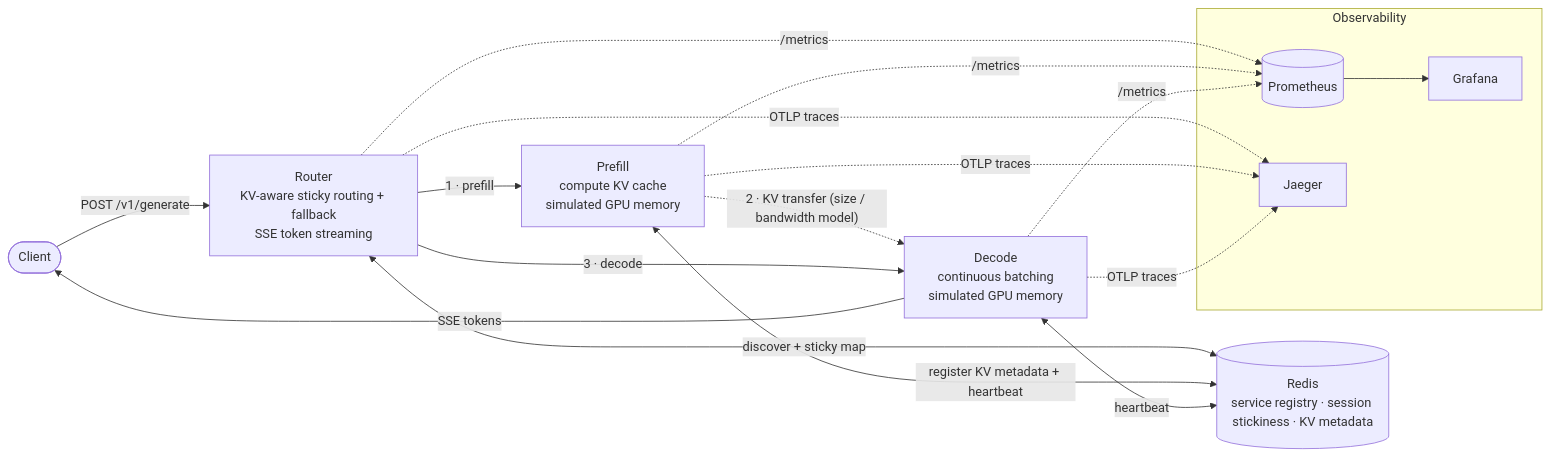
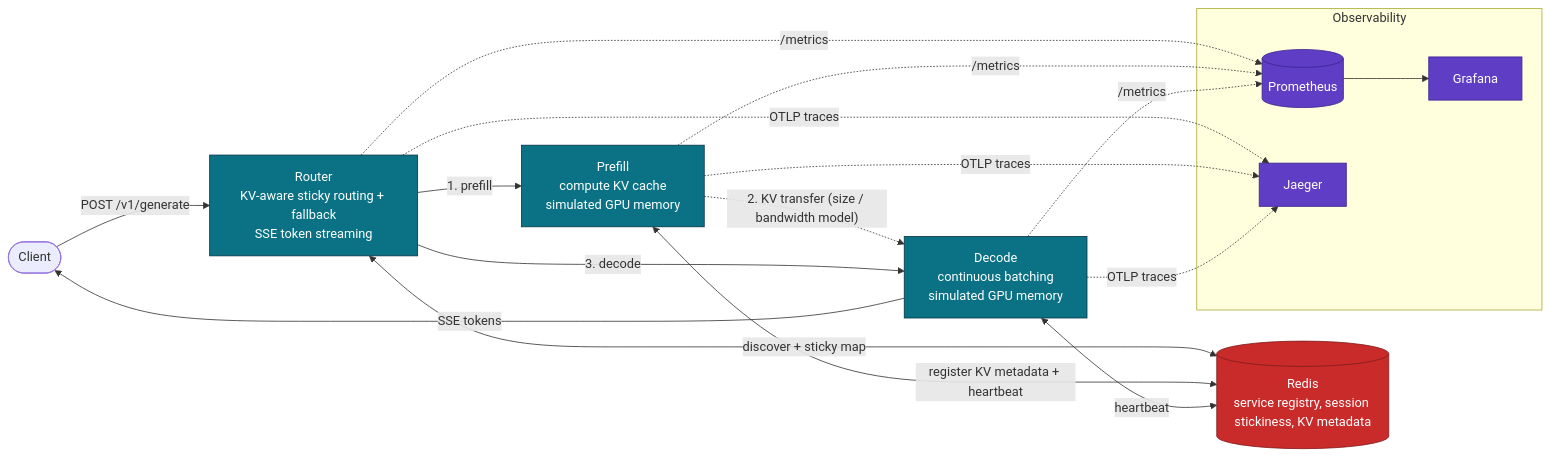
Before and after one commit to suhasramanand/mini-dynamo: the first of 2 diagrams in README.md, drawn with Mermaid. The commit also changed other lines of this file and 10 other files, not shown here.

First line of the commit message:
Add badges and architecture diagrams to the README

````diff
--- a/README.md
+++ b/README.md
@@ -22,27 +51,34 @@
 ```mermaid
 flowchart LR
     Client([Client])
     Router["Router<br/>KV-aware sticky routing + fallback<br/>SSE token streaming"]
     Prefill["Prefill<br/>compute KV cache<br/>simulated GPU memory"]
     Decode["Decode<br/>continuous batching<br/>simulated GPU memory"]
-    Redis[("Redis<br/>service registry · session stickiness · KV metadata")]
+    Redis[("Redis<br/>service registry, session stickiness, KV metadata")]
 
     Client -->|"POST /v1/generate"| Router
-    Router -->|"1 · prefill"| Prefill
-    Prefill -.->|"2 · KV transfer (size / bandwidth model)"| Decode
-    Router -->|"3 · decode"| Decode
+    Router -->|"1. prefill"| Prefill
+    Prefill -.->|"2. KV transfer (size / bandwidth model)"| Decode
+    Router -->|"3. decode"| Decode
     Decode -->|"SSE tokens"| Client
 
     Router <-->|"discover + sticky map"| Redis
     Prefill <-->|"register KV metadata + heartbeat"| Redis
     Decode <-->|"heartbeat"| Redis
 
     subgraph Observability
         Prometheus[(Prometheus)]
         Grafana[Grafana]
         Jaeger[Jaeger]
     end
     Router & Prefill & Decode -.->|"/metrics"| Prometheus
     Router & Prefill & Decode -.->|"OTLP traces"| Jaeger
     Prometheus --> Grafana
+
+    classDef svc fill:#0b7285,stroke:#083344,color:#ffffff;
+    classDef store fill:#c92a2a,stroke:#7f1d1d,color:#ffffff;
+    classDef obs fill:#5f3dc4,stroke:#3b2593,color:#ffffff;
+    class Router,Prefill,Decode svc;
+    class Redis store;
+    class Prometheus,Grafana,Jaeger obs;
 ```
````
